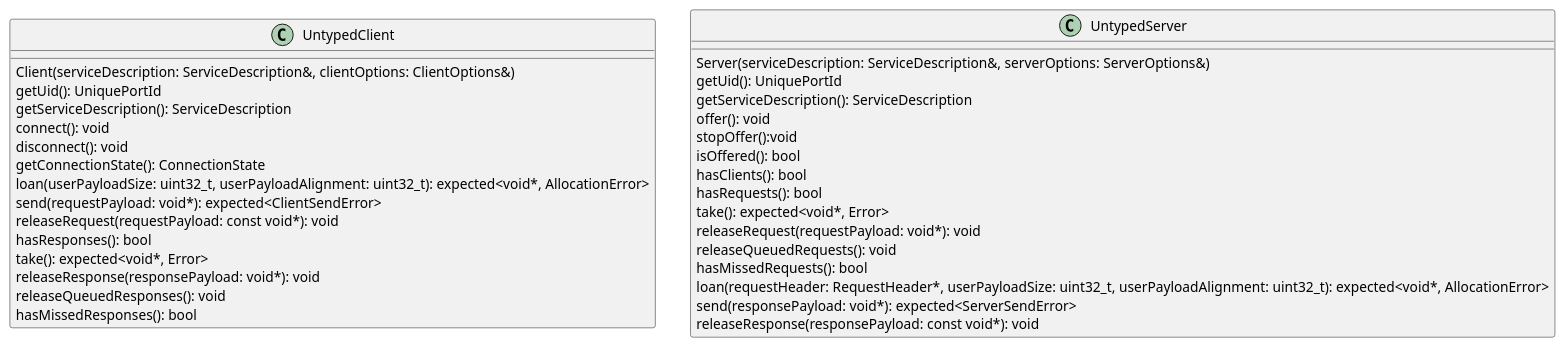
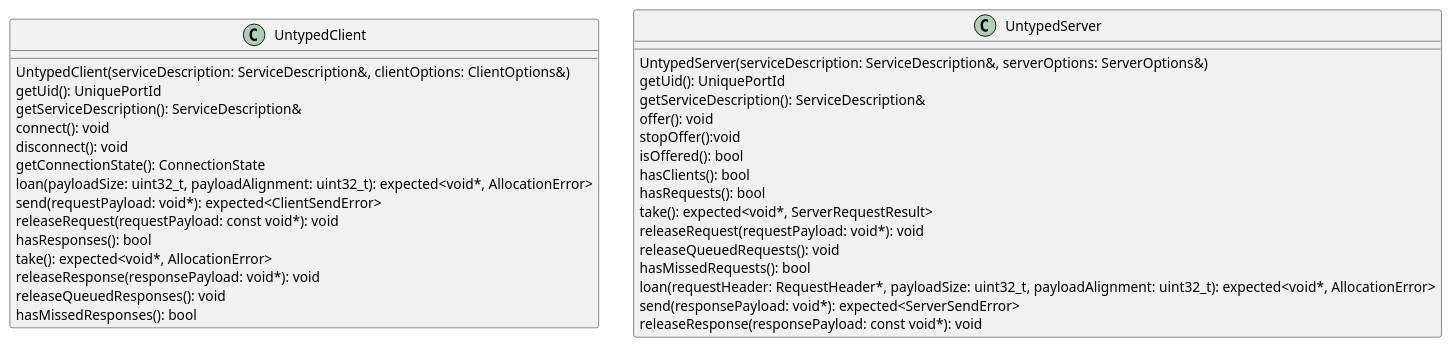
Before and after one commit to eclipse-iceoryx/iceoryx: the diagram in doc/design/diagrams/request_response/untyped_api.puml, drawn with PlantUML. The commit also changed 4 other files, not shown here.

```diff
--- a/doc/design/diagrams/request_response/untyped_api.puml
+++ b/doc/design/diagrams/request_response/untyped_api.puml
@@ -1,38 +1,38 @@
 @startuml
 
 class UntypedClient {
-  Client(serviceDescription: ServiceDescription&, clientOptions: ClientOptions&)
+  UntypedClient(serviceDescription: ServiceDescription&, clientOptions: ClientOptions&)
   getUid(): UniquePortId
-  getServiceDescription(): ServiceDescription
+  getServiceDescription(): ServiceDescription&
   connect(): void
   disconnect(): void
   getConnectionState(): ConnectionState
-  loan(userPayloadSize: uint32_t, userPayloadAlignment: uint32_t): expected<void*, AllocationError>
+  loan(payloadSize: uint32_t, payloadAlignment: uint32_t): expected<void*, AllocationError>
   send(requestPayload: void*): expected<ClientSendError>
   releaseRequest(requestPayload: const void*): void
   hasResponses(): bool
-  take(): expected<void*, Error>
+  take(): expected<void*, AllocationError>
   releaseResponse(responsePayload: void*): void
   releaseQueuedResponses(): void
   hasMissedResponses(): bool
 }
 
 class UntypedServer {
-  Server(serviceDescription: ServiceDescription&, serverOptions: ServerOptions&)
+  UntypedServer(serviceDescription: ServiceDescription&, serverOptions: ServerOptions&)
   getUid(): UniquePortId
-  getServiceDescription(): ServiceDescription
+  getServiceDescription(): ServiceDescription&
   offer(): void
   stopOffer():void
   isOffered(): bool
   hasClients(): bool
   hasRequests(): bool
-  take(): expected<void*, Error>
+  take(): expected<void*, ServerRequestResult>
   releaseRequest(requestPayload: void*): void
   releaseQueuedRequests(): void
   hasMissedRequests(): bool
-  loan(requestHeader: RequestHeader*, userPayloadSize: uint32_t, userPayloadAlignment: uint32_t): expected<void*, AllocationError>
+  loan(requestHeader: RequestHeader*, payloadSize: uint32_t, payloadAlignment: uint32_t): expected<void*, AllocationError>
   send(responsePayload: void*): expected<ServerSendError>
   releaseResponse(responsePayload: const void*): void
 }
 
 @enduml
```
